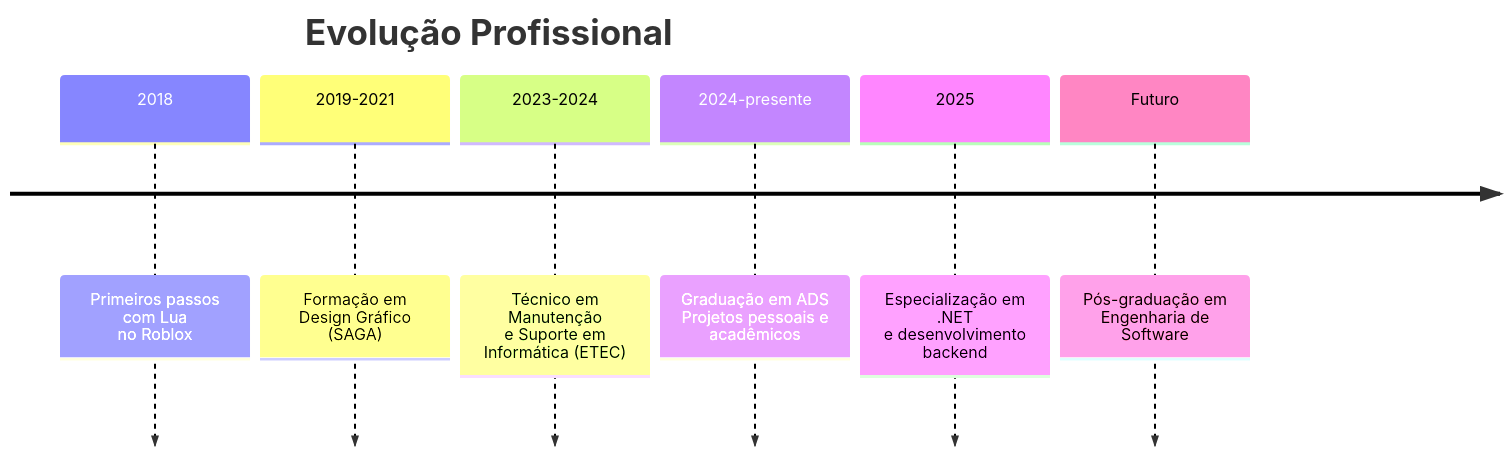
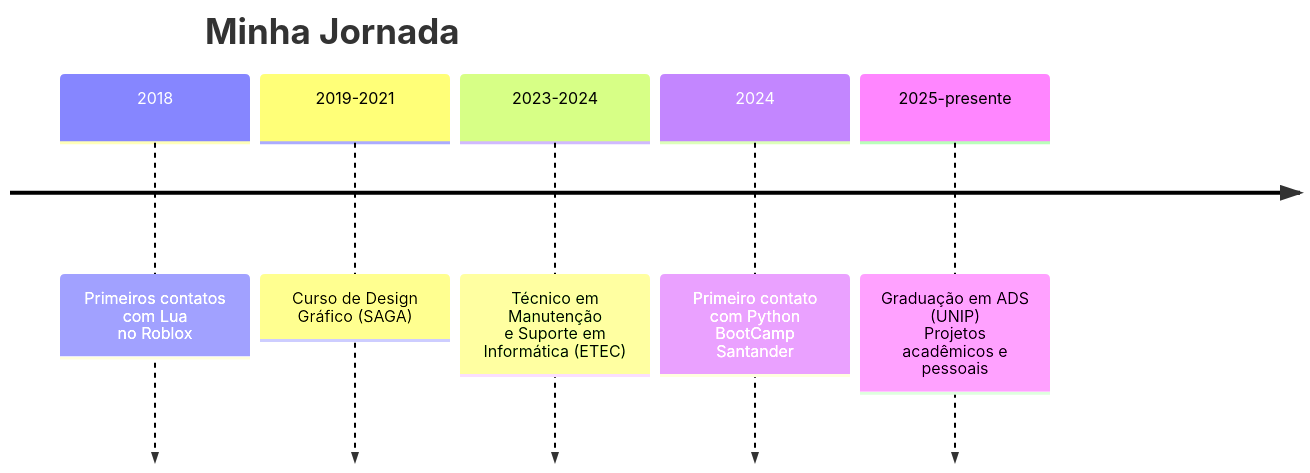
The diagram in docs/about/profile.md (Isaque-Medeiros/PIM-1-Semestre), drawn with Mermaid before and after one commit. The commit also changed other lines of this file and 16 other files, not shown here.

````diff
--- a/docs/about/profile.md
+++ b/docs/about/profile.md
@@ -64,10 +64,9 @@
 ```mermaid
 timeline
-    title Evolução Profissional
-    2018 : Primeiros passos com Lua<br>no Roblox
-    2019-2021 : Formação em Design Gráfico (SAGA)
+    title Minha Jornada
+    2018 : Primeiros contatos com Lua<br>no Roblox
+    2019-2021 : Curso de Design Gráfico (SAGA)
     2023-2024 : Técnico em Manutenção<br>e Suporte em Informática (ETEC)
-    2024-presente : Graduação em ADS<br>Projetos pessoais e acadêmicos
-    2025 : Especialização em .NET<br>e desenvolvimento backend
-    Futuro : Pós-graduação em<br>Engenharia de Software
+    2024 : Primeiro contato com Python<br>BootCamp Santander
+    2025-presente : Graduação em ADS (UNIP)<br>Projetos acadêmicos e pessoais
 ```
````
